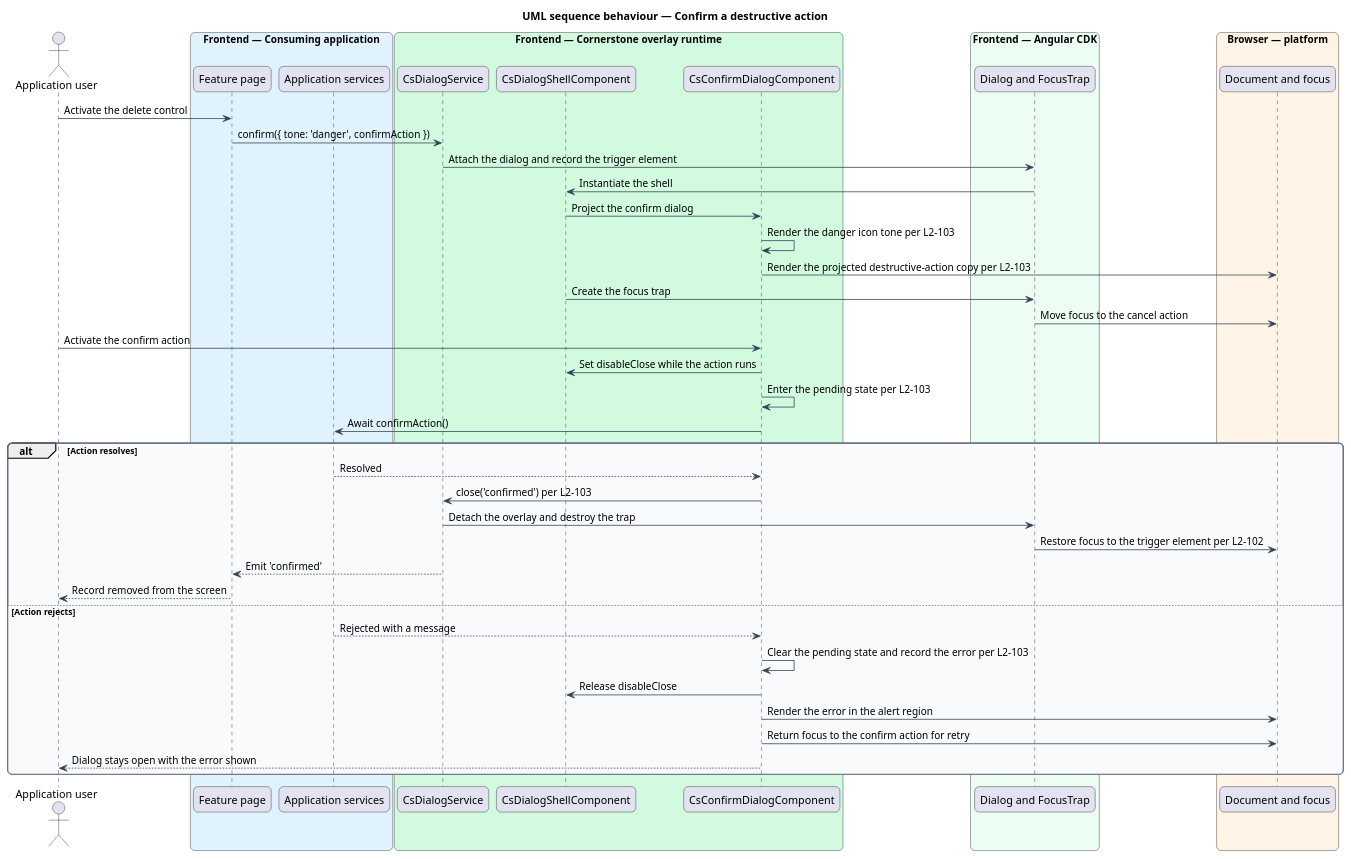
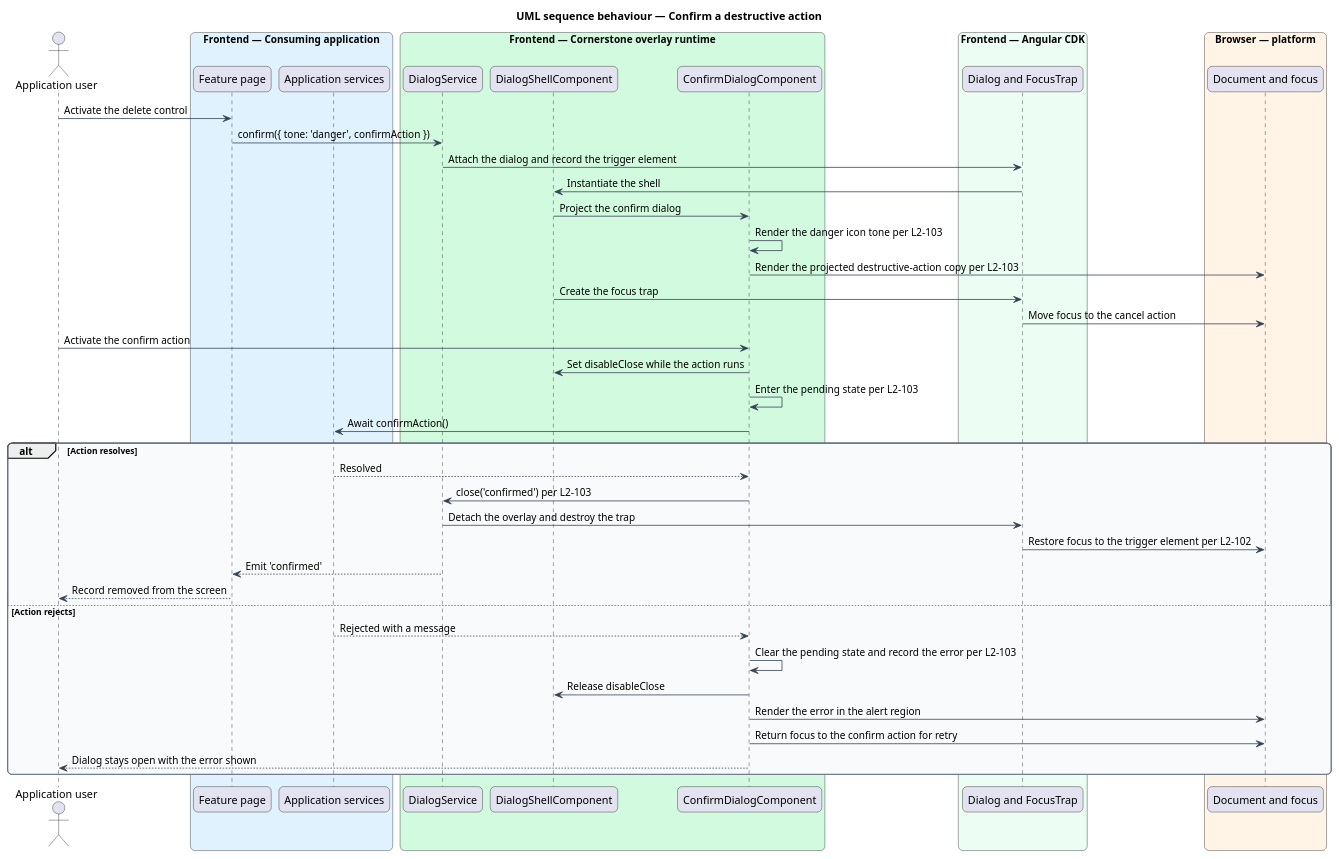
The diagram in docs/detailed-designs/overlays/confirm-a-decision/diagrams/sequence-confirm-destructive.puml (QuinntyneBrown/Cornerstone), drawn with PlantUML before and after one commit. The commit also changed 1743 other files, not shown here.

```diff
--- a/docs/detailed-designs/overlays/confirm-a-decision/diagrams/sequence-confirm-destructive.puml
+++ b/docs/detailed-designs/overlays/confirm-a-decision/diagrams/sequence-confirm-destructive.puml
@@ -1,64 +1,64 @@
 @startuml
 title UML sequence behaviour — Confirm a destructive action
 skinparam backgroundColor #FFFFFF
 skinparam shadowing false
 skinparam roundcorner 12
 skinparam defaultFontName Arial
 skinparam ArrowColor #344054
 skinparam rectangle {
   BorderColor #344054
   FontColor #101828
 }
 skinparam package {
   BorderColor #667085
   FontColor #101828
   BackgroundColor #F9FAFB
 }
 actor "Application user" as user
 box "Frontend — Consuming application" #E0F2FE
   participant "Feature page" as page
   participant "Application services" as appsvc
 end box
 box "Frontend — Cornerstone overlay runtime" #D1FADF
-  participant "CsDialogService" as service
-  participant "CsDialogShellComponent" as shell
-  participant "CsConfirmDialogComponent" as confirm
+  participant "DialogService" as service
+  participant "DialogShellComponent" as shell
+  participant "ConfirmDialogComponent" as confirm
 end box
 box "Frontend — Angular CDK" #ECFDF3
   participant "Dialog and FocusTrap" as cdk
 end box
 box "Browser — platform" #FFF4E5
   participant "Document and focus" as browser
 end box
 
 user -> page : Activate the delete control
 page -> service : confirm({ tone: 'danger', confirmAction })
 service -> cdk : Attach the dialog and record the trigger element
 cdk -> shell : Instantiate the shell
 shell -> confirm : Project the confirm dialog
 confirm -> confirm : Render the danger icon tone per L2-103
 confirm -> browser : Render the projected destructive-action copy per L2-103
 shell -> cdk : Create the focus trap
 cdk -> browser : Move focus to the cancel action
 
 user -> confirm : Activate the confirm action
 confirm -> shell : Set disableClose while the action runs
 confirm -> confirm : Enter the pending state per L2-103
 confirm -> appsvc : Await confirmAction()
 
 alt Action resolves
   appsvc --> confirm : Resolved
   confirm -> service : close('confirmed') per L2-103
   service -> cdk : Detach the overlay and destroy the trap
   cdk -> browser : Restore focus to the trigger element per L2-102
   service --> page : Emit 'confirmed'
   page --> user : Record removed from the screen
 else Action rejects
   appsvc --> confirm : Rejected with a message
   confirm -> confirm : Clear the pending state and record the error per L2-103
   confirm -> shell : Release disableClose
   confirm -> browser : Render the error in the alert region
   confirm -> browser : Return focus to the confirm action for retry
   confirm --> user : Dialog stays open with the error shown
 end
 @enduml
```
